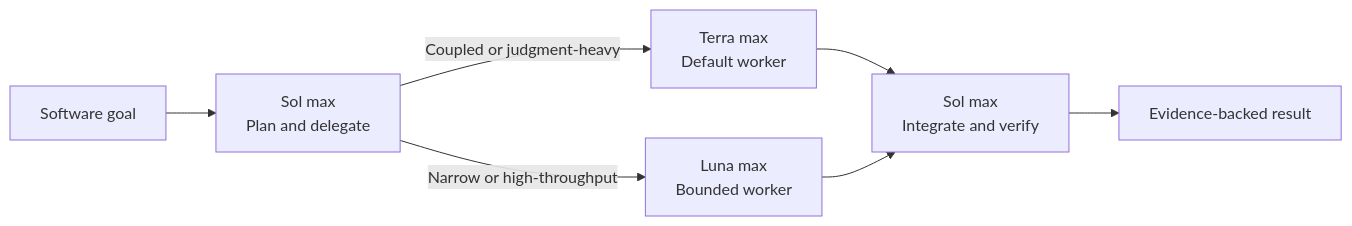
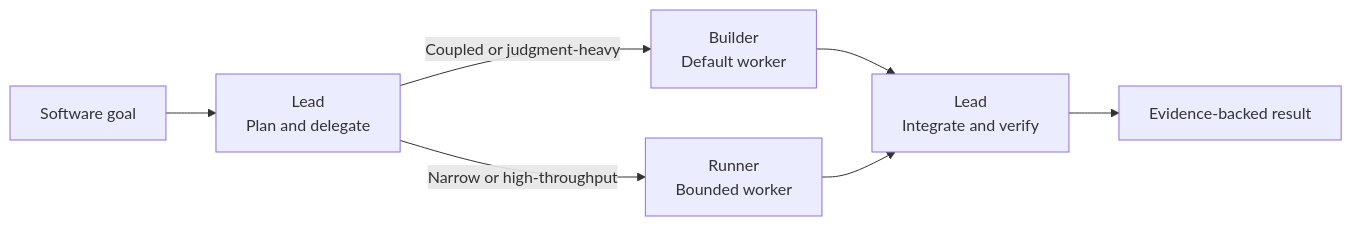
Before and after one commit to xkritti/polyloom: the diagram in README.md, drawn with Mermaid. The commit also changed other lines of this file and 23 other files, not shown here.

````diff
--- a/README.md
+++ b/README.md
@@ -117,9 +81,9 @@
 ```mermaid
 flowchart LR
-    G["Software goal"] --> S["Sol max<br/>Plan and delegate"]
-    S -->|"Coupled or judgment-heavy"| T["Terra max<br/>Default worker"]
-    S -->|"Narrow or high-throughput"| L["Luna max<br/>Bounded worker"]
-    T --> I["Sol max<br/>Integrate and verify"]
-    L --> I
-    I --> R["Evidence-backed result"]
+    G["Software goal"] --> L["Lead<br/>Plan and delegate"]
+    L -->|"Coupled or judgment-heavy"| B["Builder<br/>Default worker"]
+    L -->|"Narrow or high-throughput"| R["Runner<br/>Bounded worker"]
+    B --> I["Lead<br/>Integrate and verify"]
+    R --> I
+    I --> E["Evidence-backed result"]
 ```
````
